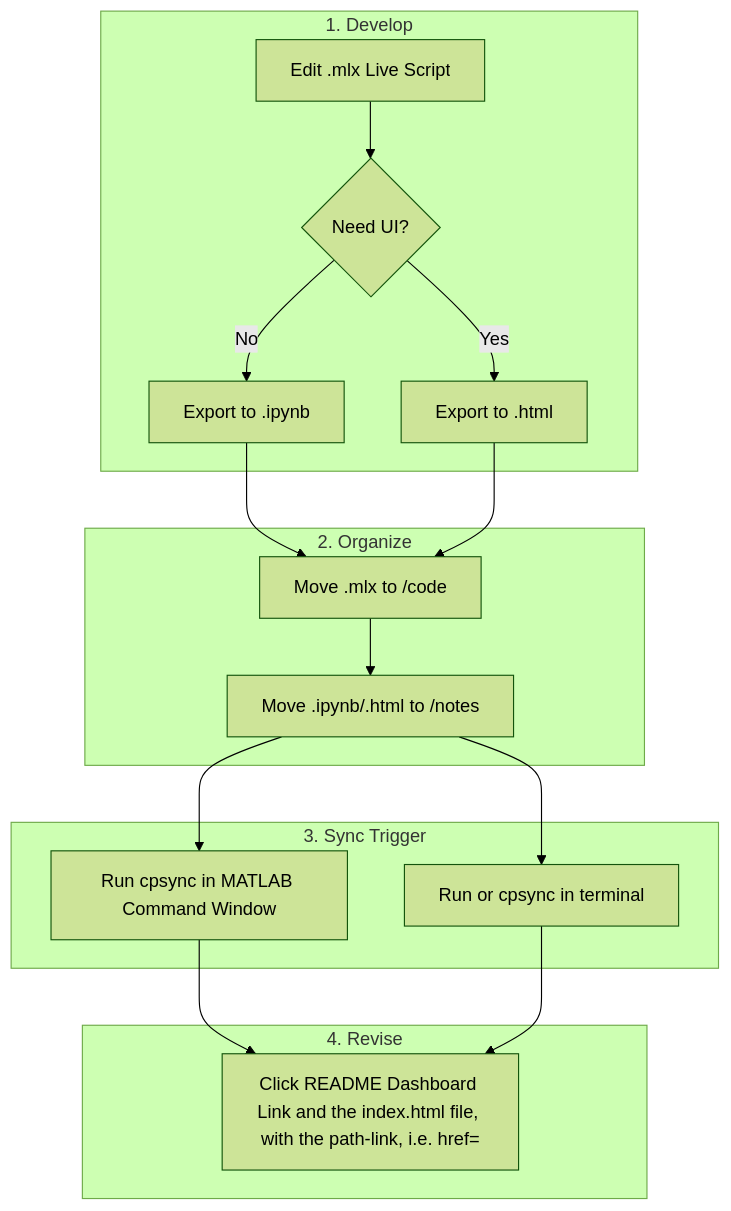
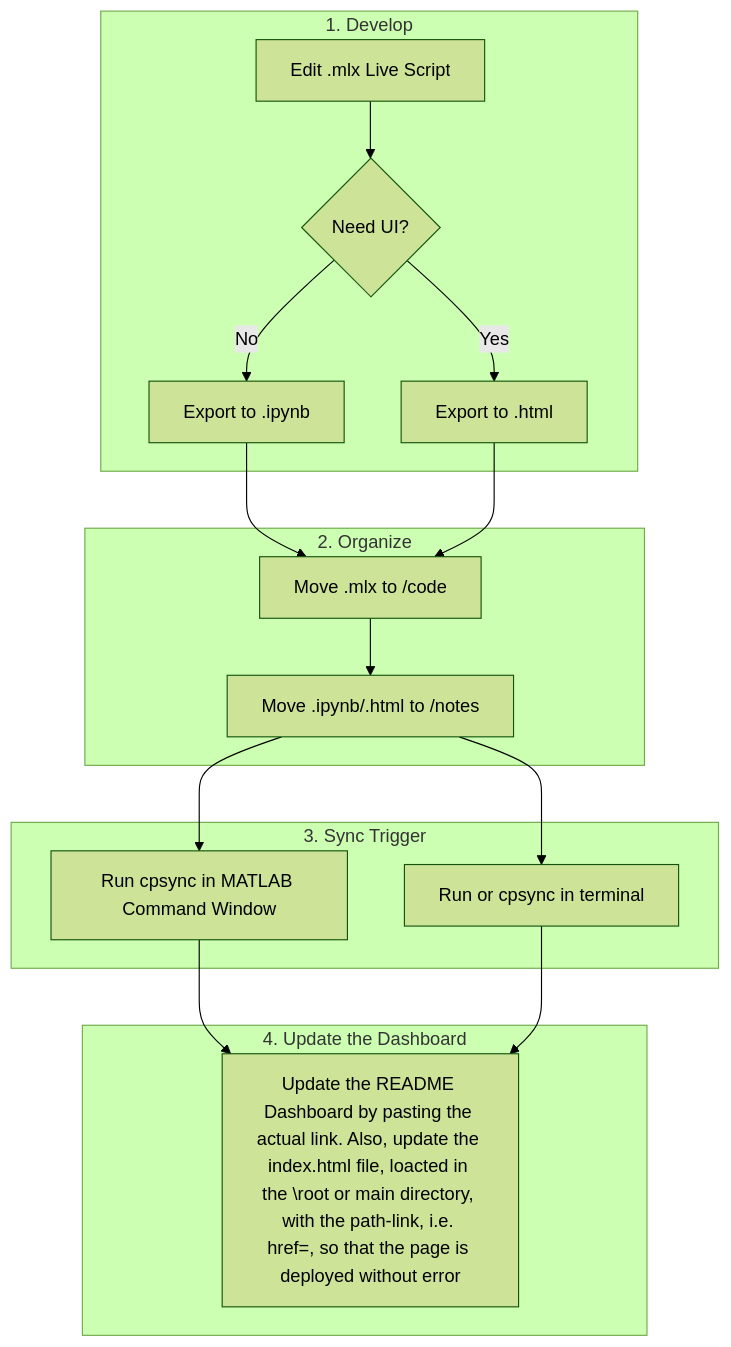
Before and after one commit to DasAditya936/Computational-Physics: the diagram in README.md, drawn with Mermaid (forest theme).

````diff
--- a/README.md
+++ b/README.md
@@ -28,31 +28,31 @@
 ```mermaid
 graph TD
     %% Vertical Main Spine
     subgraph S1 [1. Develop]
         A[Edit .mlx Live Script] --> B{Need UI?}
         B -- No --> C[Export to .ipynb]
         B -- Yes --> D[Export to .html]
     end
 
     subgraph S2 [2. Organize]
         C & D --> E[Move .mlx to /code]
         E --> F[Move .ipynb/.html to /notes]
     end
 
     subgraph S3 [3. Sync Trigger]
         G[Run cpsync in MATLAB Command Window]
         H[Run or cpsync in terminal] 
     end
     direction LR
-    subgraph S4 [4. Revise]
-        I[Click README Dashboard Link and the index.html file, with the path-link, i.e. href=<whatever path-link we have>]
+    subgraph S4 [4. Update the Dashboard]
+        I[Update the README Dashboard by pasting the actual link. Also, update the index.html file, loacted in the \root or main directory, with the path-link, i.e. href=<whatever path-link we have>, so that the page is deployed without error]
     end
 
     %% The Horizontal Logic (Subgraph 5)
     
     %% Horizontal Curved Connections (G to the Wing)
     G --> I
     H --> I
     F --> G
     F --> H
 ```
````
